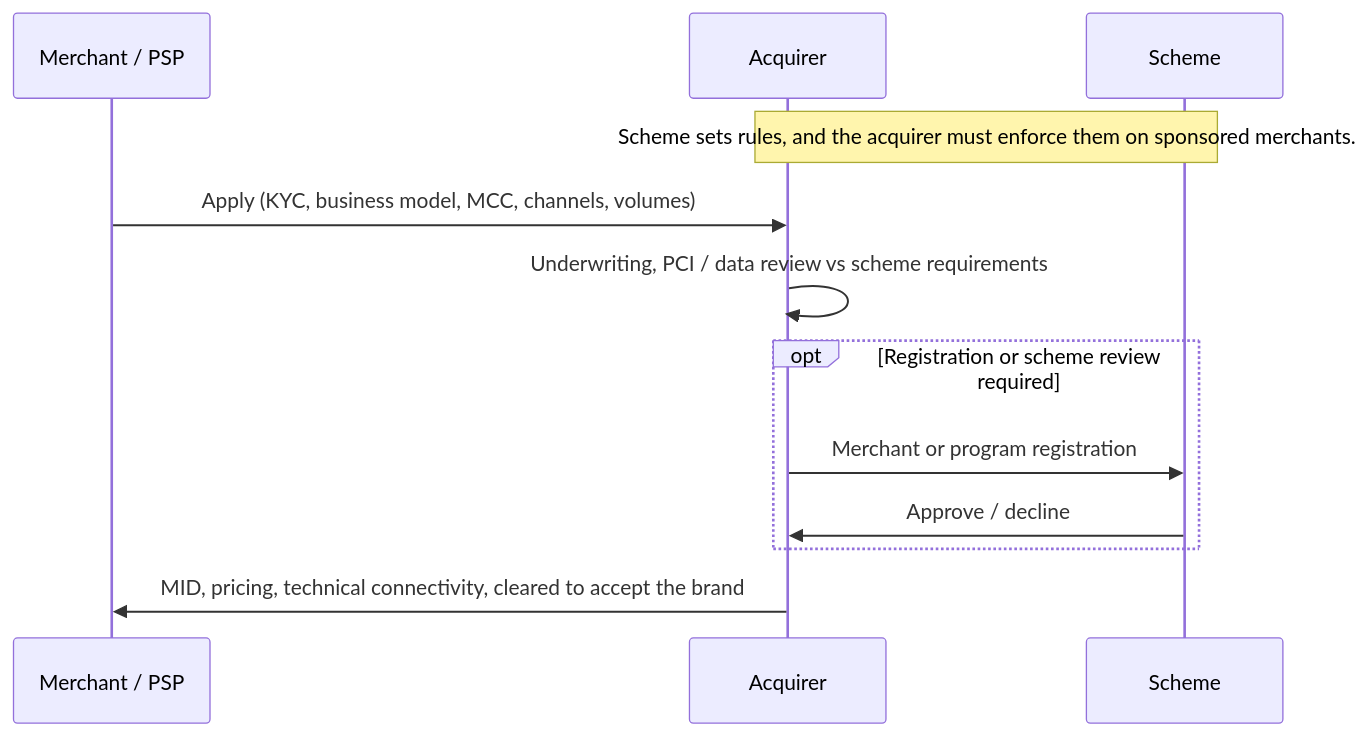
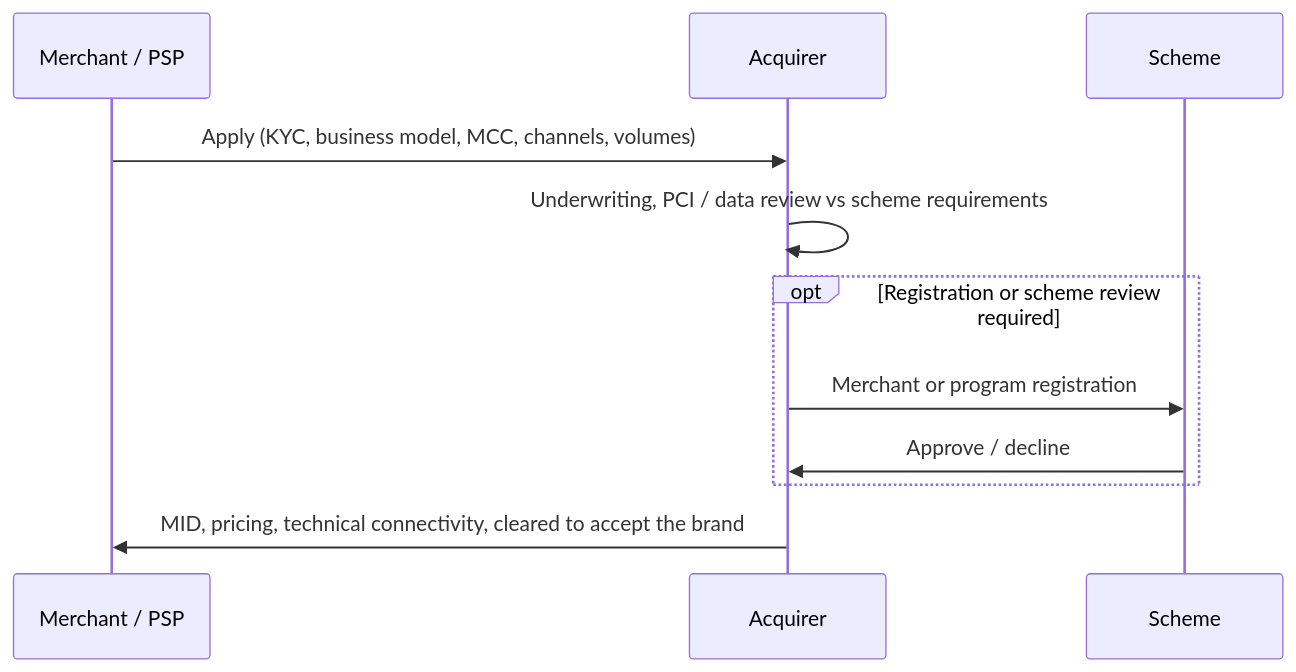
Before and after one commit to yanomic/yanomic.github.io: the first of 9 diagrams in content/blogs/2026-04-20-payment-capabilities/index.md, drawn with Mermaid. The commit also changed other lines of this file, not shown here.

````diff
--- a/content/blogs/2026-04-20-payment-capabilities/index.md
+++ b/content/blogs/2026-04-20-payment-capabilities/index.md
@@ -42,14 +42,13 @@
 ```mermaid
 sequenceDiagram
     participant Mer as Merchant / PSP
     participant Acq as Acquirer
     participant Sch as Scheme
-    Note over Sch,Acq: Scheme sets rules, and the acquirer must enforce them on sponsored merchants.
     Mer->>Acq: Apply (KYC, business model, MCC, channels, volumes)
     Acq->>Acq: Underwriting, PCI / data review vs scheme requirements
     opt Registration or scheme review required
         Acq->>Sch: Merchant or program registration
         Sch->>Acq: Approve / decline
     end
     Acq->>Mer: MID, pricing, technical connectivity, cleared to accept the brand
 ```
````
